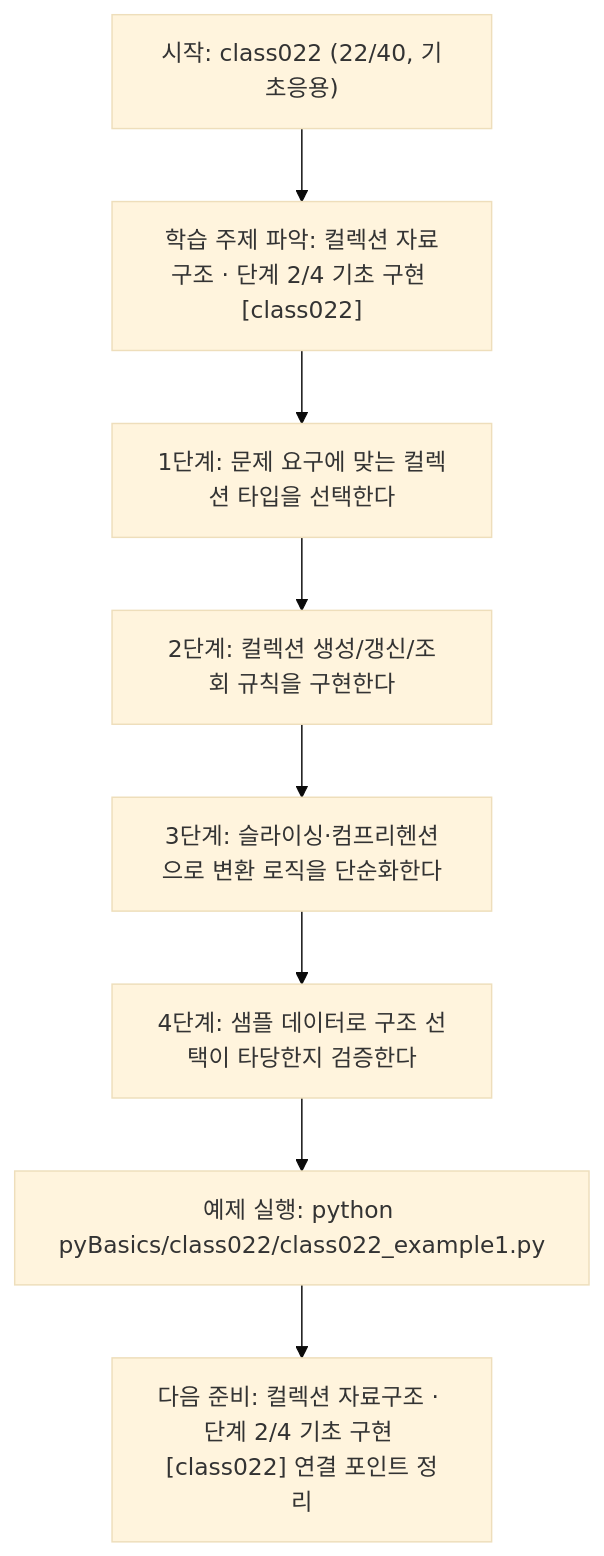
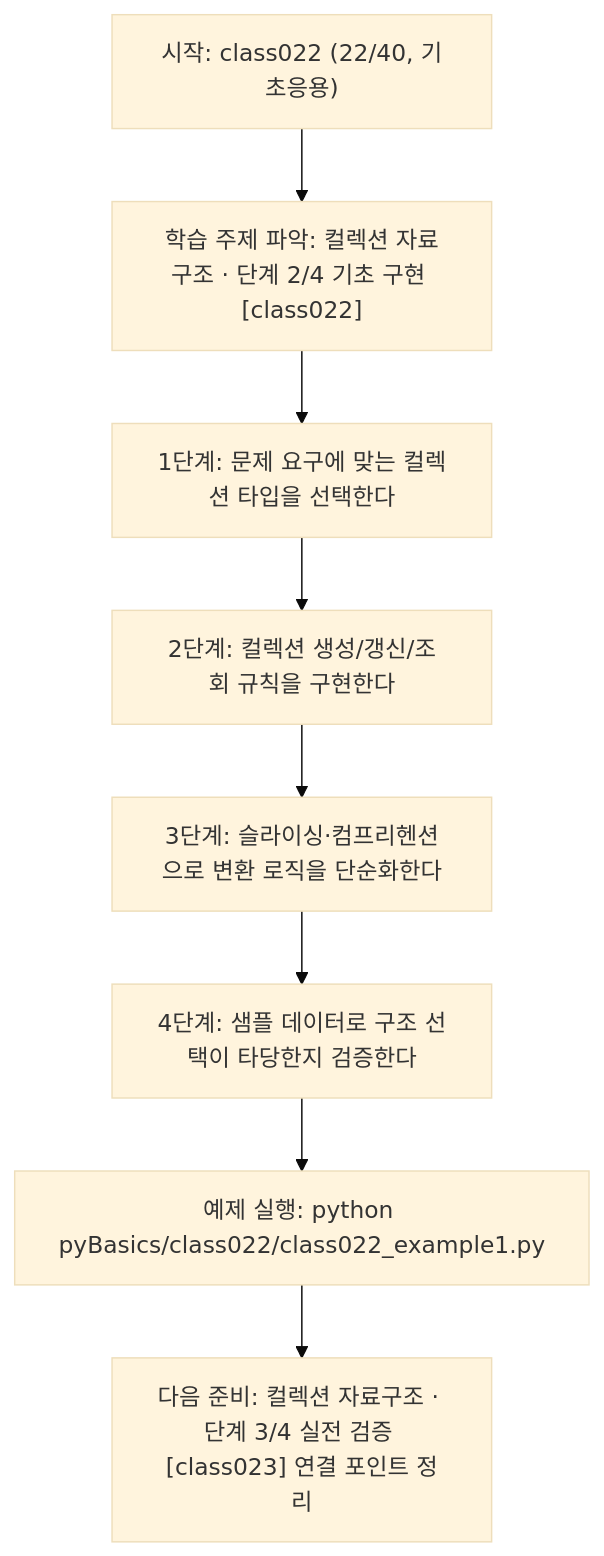
The diagram in pyBasics/class022/class022.md (edumgt/Python-AI_Agent-Class), drawn with Mermaid (base theme) before and after one commit. The commit also changed other lines of this file and 2370 other files, not shown here.

````diff
--- a/pyBasics/class022/class022.md
+++ b/pyBasics/class022/class022.md
@@ -109,18 +91,18 @@
 ```mermaid
 flowchart TD
 N1["시작: class022 (22/40, 기초응용)"]
 N2["학습 주제 파악: 컬렉션 자료구조 · 단계 2/4 기초 구현 [class022]"]
 N3["1단계: 문제 요구에 맞는 컬렉션 타입을 선택한다"]
 N4["2단계: 컬렉션 생성/갱신/조회 규칙을 구현한다"]
 N5["3단계: 슬라이싱·컴프리헨션으로 변환 로직을 단순화한다"]
 N6["4단계: 샘플 데이터로 구조 선택이 타당한지 검증한다"]
 N7["예제 실행: python pyBasics/class022/class022_example1.py"]
-N8["다음 준비: 컬렉션 자료구조 · 단계 2/4 기초 구현 [class022] 연결 포인트 정리"]
+N8["다음 준비: 컬렉션 자료구조 · 단계 3/4 실전 검증 [class023] 연결 포인트 정리"]
 N1 --> N2
 N2 --> N3
 N3 --> N4
 N4 --> N5
 N5 --> N6
 N6 --> N7
 N7 --> N8
 ```
````
